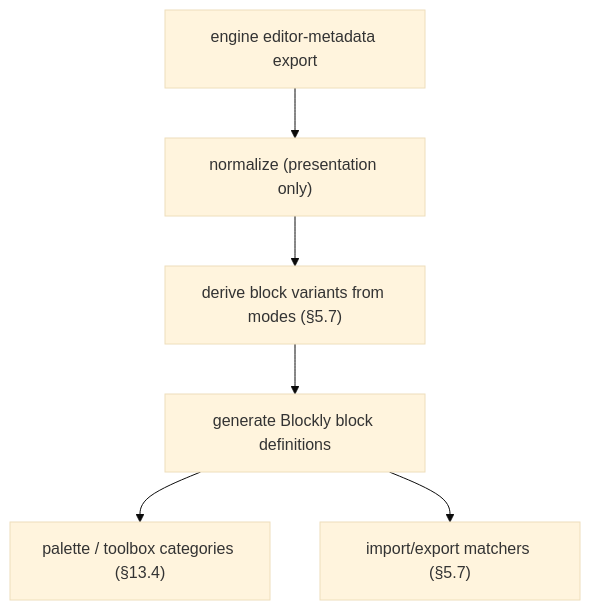
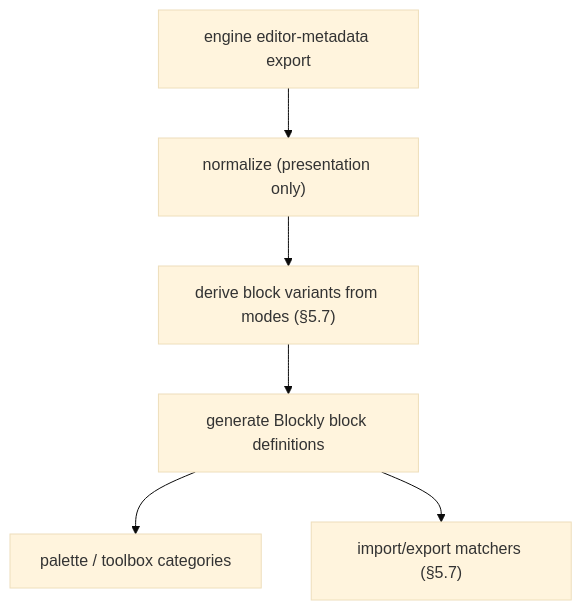
The fifth of 9 diagrams in docs/ARCHITECTURE.md (transon-org/transon-blockly), drawn with Mermaid (base theme) before and after one commit. The commit also changed other lines of this file and 4 other files, not shown here.

````diff
--- a/docs/ARCHITECTURE.md
+++ b/docs/ARCHITECTURE.md
@@ -316,8 +378,8 @@
 ```mermaid
 flowchart TD
     MD["engine editor-metadata export"] --> N["normalize (presentation only)"]
     N --> V["derive block variants from modes (§5.7)"]
     V --> GEN["generate Blockly block definitions"]
-    GEN --> PAL["palette / toolbox categories (§13.4)"]
+    GEN --> PAL["palette / toolbox categories"]
     GEN --> MAP["import/export matchers (§5.7)"]
 ```
````
